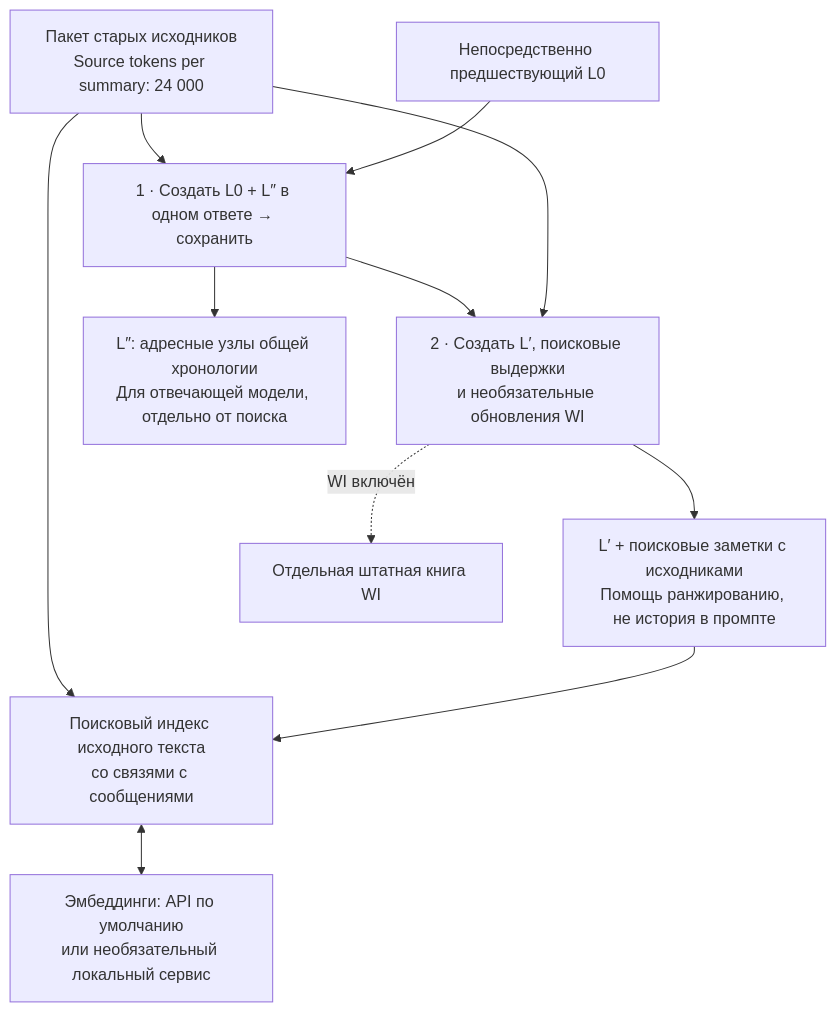
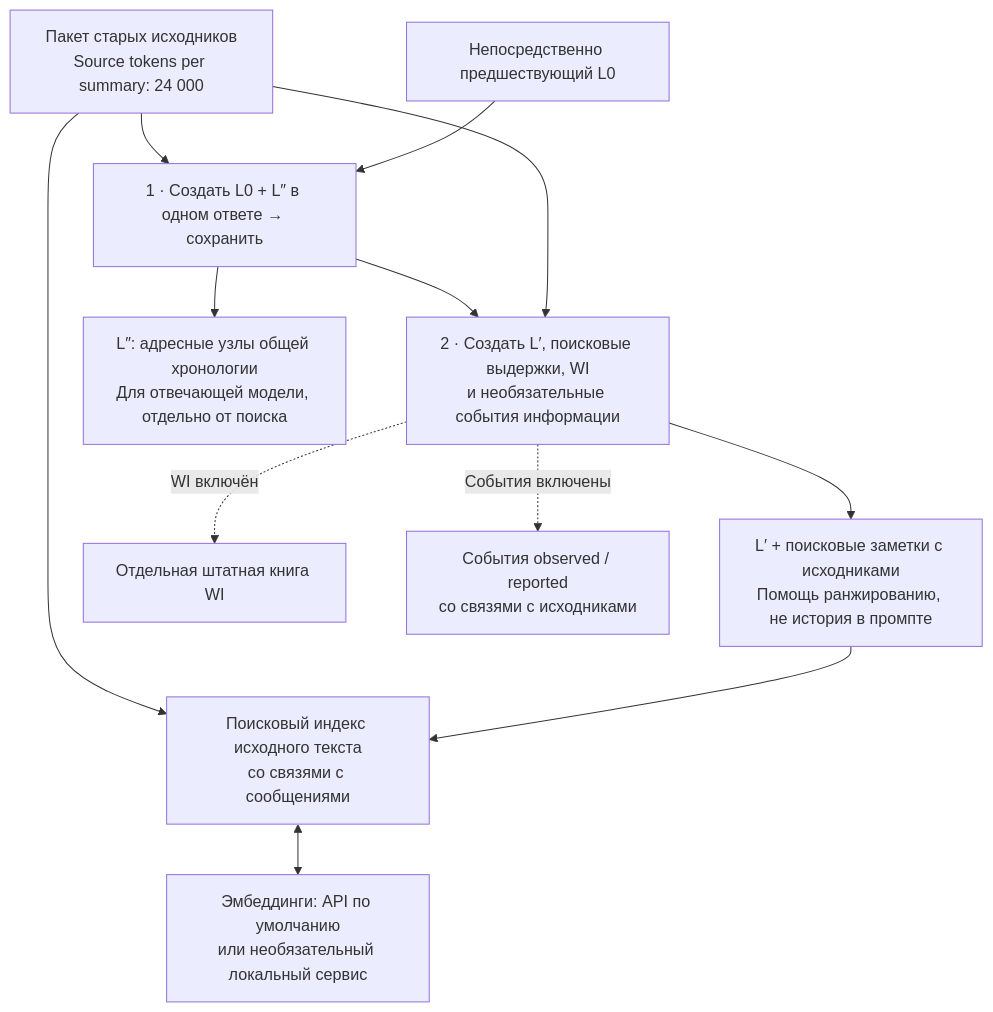
Before and after one commit to Ilya626/Extension-WorldMemory: the first of 2 diagrams in README_RU.md, drawn with Mermaid. The commit also changed other lines of this file and 19 other files, not shown here.

````diff
--- a/README_RU.md
+++ b/README_RU.md
@@ -59,13 +69,14 @@
 ```mermaid
 flowchart TD
     O["Пакет старых исходников<br/>Source tokens per summary: 24 000"] --> A["1 · Создать L0 + L″ в одном ответе → сохранить"]
     P["Непосредственно предшествующий L0"] --> A
-    A --> B["2 · Создать L′, поисковые выдержки<br/>и необязательные обновления WI"]
+    A --> B["2 · Создать L′, поисковые выдержки, WI<br/>и необязательные события информации"]
     A --> K["L″: адресные узлы общей хронологии<br/>Для отвечающей модели, отдельно от поиска"]
     O --> B
     B --> N["L′ + поисковые заметки с исходниками<br/>Помощь ранжированию, не история в промпте"]
     O --> I["Поисковый индекс исходного текста<br/>со связями с сообщениями"]
     N --> I
     B -. "WI включён" .-> W["Отдельная штатная книга WI"]
+    B -. "События включены" .-> V["События observed / reported<br/>со связями с исходниками"]
     I <--> E["Эмбеддинги: API по умолчанию<br/>или необязательный локальный сервис"]
 ```
````
